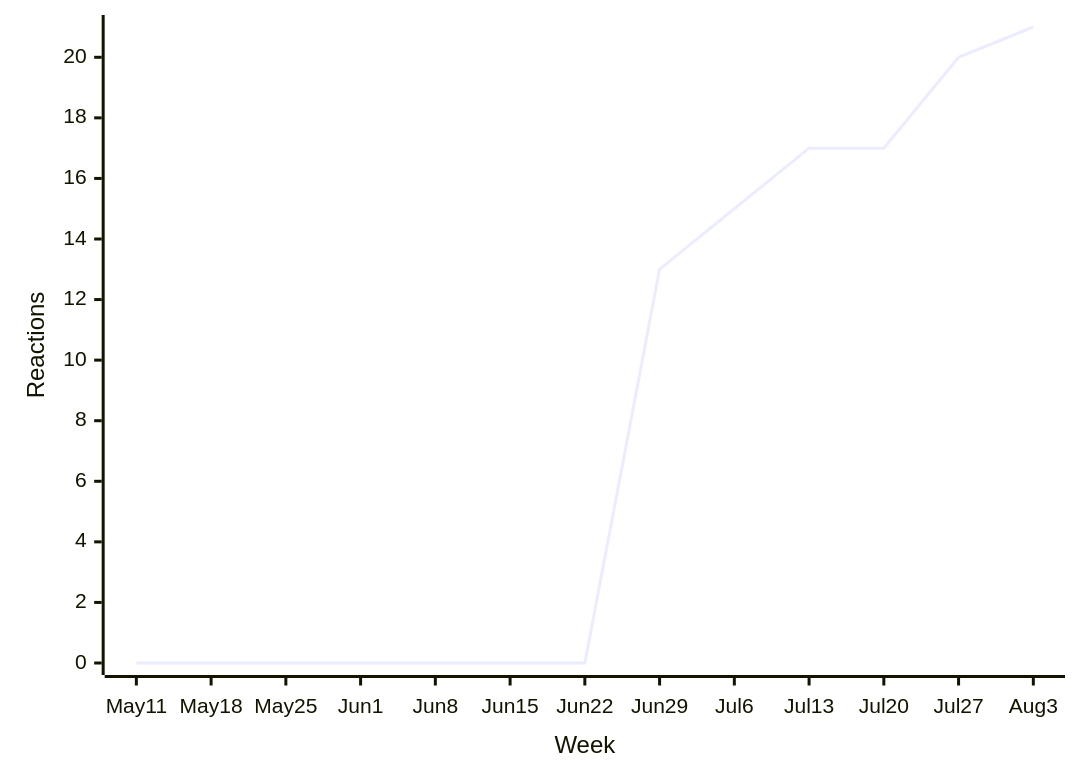
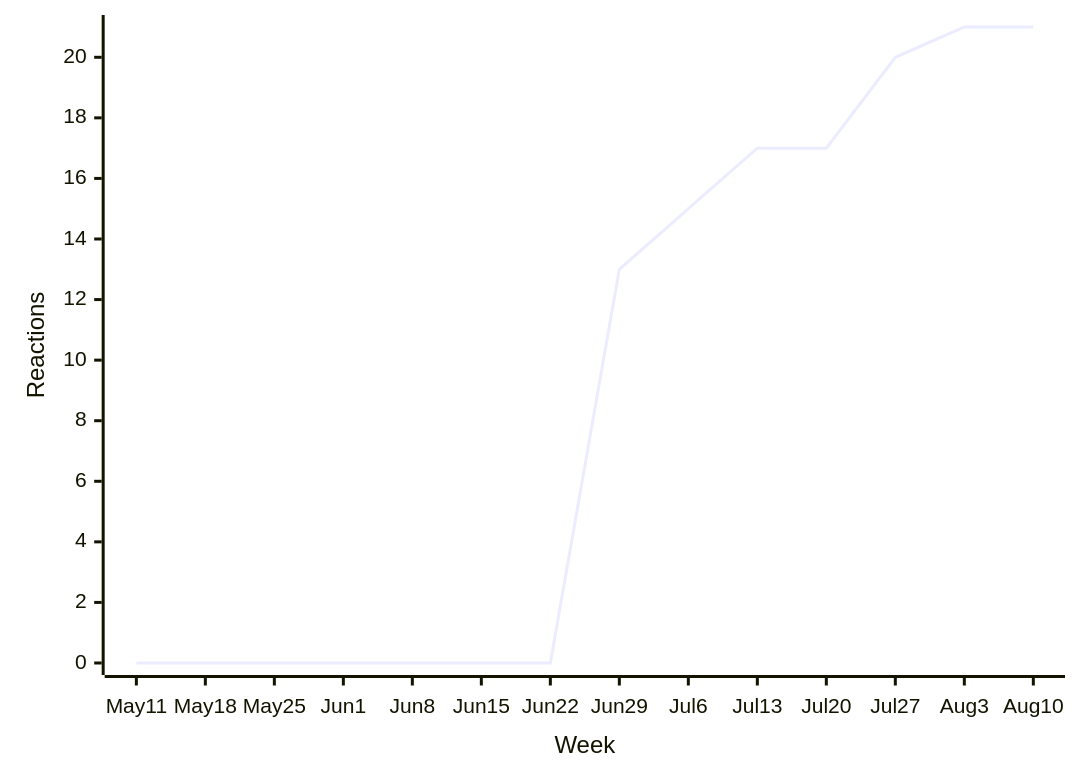
One commit to loic-sharma/github-insights changed the seventh of 43 diagrams in README.md. Above: the diagram before and after it, drawn with Mermaid. The commit also changed other lines of this file and 3 other files, not shown here.

````diff
--- a/README.md
+++ b/README.md
@@ -441,6 +441,6 @@
   ```mermaid
   xychart-beta
-    x-axis "Week" [May 11, May 18, May 25, Jun 1, Jun 8, Jun 15, Jun 22, Jun 29, Jul 6, Jul 13, Jul 20, Jul 27, Aug 3]
+    x-axis "Week" [May 11, May 18, May 25, Jun 1, Jun 8, Jun 15, Jun 22, Jun 29, Jul 6, Jul 13, Jul 20, Jul 27, Aug 3, Aug 10]
     y-axis "Reactions"
-    line [0, 0, 0, 0, 0, 0, 0, 13, 15, 17, 17, 20, 21]
+    line [0, 0, 0, 0, 0, 0, 0, 13, 15, 17, 17, 20, 21, 21]
   ```
````
